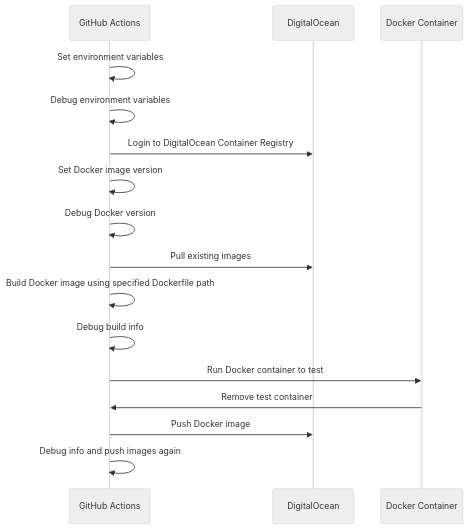
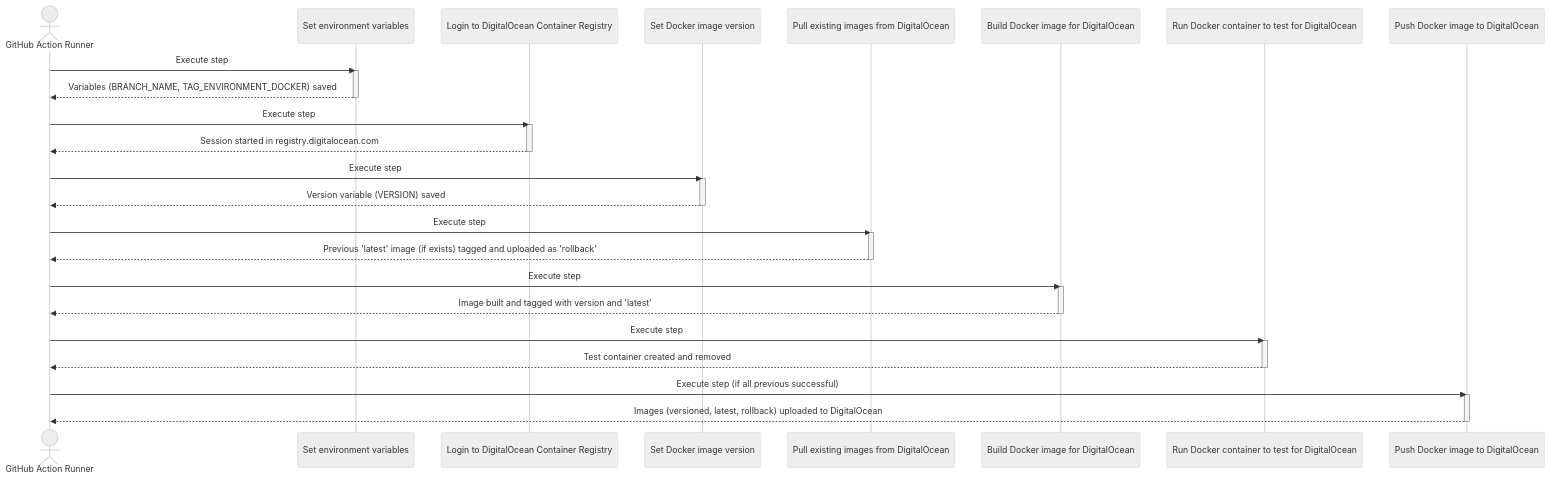
The diagram in README.md (ronihdzz/push-to-digitalocean-action), drawn with Mermaid (neutral theme) before and after one commit. The commit also changed other lines of this file and 1 other file, not shown here.

````diff
--- a/README.md
+++ b/README.md
@@ -37,19 +41,46 @@
 ```mermaid
 sequenceDiagram
-    participant GitHub Actions
-    participant DigitalOcean
-    participant Docker Container
+    actor Runner as GitHub Action Runner
+    participant S1 as Set environment variables
+    participant S2 as Login to DigitalOcean Container Registry
+    participant S3 as Set Docker image version
+    participant S4 as Pull existing images from DigitalOcean
+    participant S5 as Build Docker image for DigitalOcean
+    participant S6 as Run Docker container to test for DigitalOcean
+    participant S7 as Push Docker image to DigitalOcean
 
-    GitHub Actions->>GitHub Actions: Set environment variables
-    GitHub Actions->>GitHub Actions: Debug environment variables
-    GitHub Actions->>DigitalOcean: Login to DigitalOcean Container Registry
-    GitHub Actions->>GitHub Actions: Set Docker image version
-    GitHub Actions->>GitHub Actions: Debug Docker version
-    GitHub Actions->>DigitalOcean: Pull existing images
-    GitHub Actions->>GitHub Actions: Build Docker image using specified Dockerfile path
-    GitHub Actions->>GitHub Actions: Debug build info
-    GitHub Actions->>Docker Container: Run Docker container to test
-    Docker Container->>GitHub Actions: Remove test container
-    GitHub Actions->>DigitalOcean: Push Docker image
-    GitHub Actions->>GitHub Actions: Debug info and push images again
+    Runner->>S1: Execute step
+    activate S1
+    S1-->>Runner: Variables (BRANCH_NAME, TAG_ENVIRONMENT_DOCKER) saved
+    deactivate S1
+
+    Runner->>S2: Execute step
+    activate S2
+    S2-->>Runner: Session started in registry.digitalocean.com
+    deactivate S2
+
+    Runner->>S3: Execute step
+    activate S3
+    S3-->>Runner: Version variable (VERSION) saved
+    deactivate S3
+
+    Runner->>S4: Execute step
+    activate S4
+    S4-->>Runner: Previous 'latest' image (if exists) tagged and uploaded as 'rollback'
+    deactivate S4
+
+    Runner->>S5: Execute step
+    activate S5
+    S5-->>Runner: Image built and tagged with version and 'latest'
+    deactivate S5
+
+    Runner->>S6: Execute step
+    activate S6
+    S6-->>Runner: Test container created and removed
+    deactivate S6
+
+    Runner->>S7: Execute step (if all previous successful)
+    activate S7
+    S7-->>Runner: Images (versioned, latest, rollback) uploaded to DigitalOcean
+    deactivate S7
 ```
````
